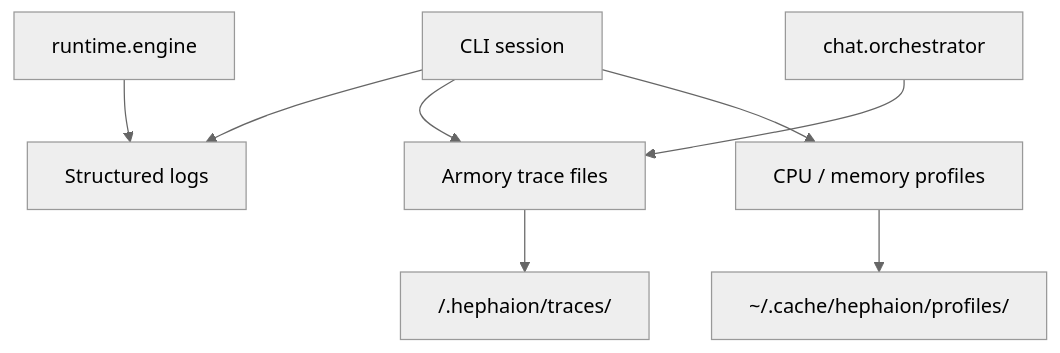
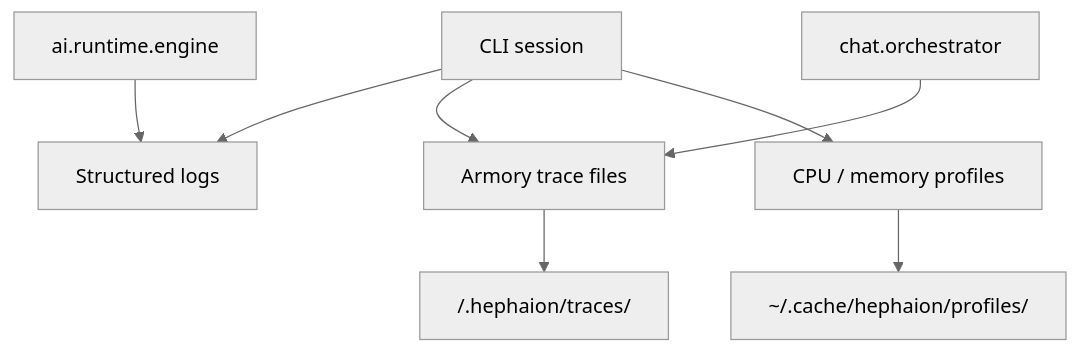
The third of 3 diagrams in docs/architecture.md (gildrb/heph), drawn with Mermaid (neutral theme) before and after one commit. The commit also changed other lines of this file and 181 other files, not shown here.

Commit message:
refactor: finalize package architecture migration

````diff
--- a/docs/architecture.md
+++ b/docs/architecture.md
@@ -280,12 +263,12 @@
 ```mermaid
 graph TD
     CLI[CLI session] --> Logs[Structured logs]
     CLI --> Traces[Armory trace files]
     CLI --> Profiles[CPU / memory profiles]
 
-    Engine[runtime.engine] --> Logs
+    Engine[ai.runtime.engine] --> Logs
     Orchestrator[chat.orchestrator] --> Traces
 
     Traces --> Armory[<armory>/.hephaion/traces/]
     Profiles --> Cache[~/.cache/hephaion/profiles/]
 ```
````
